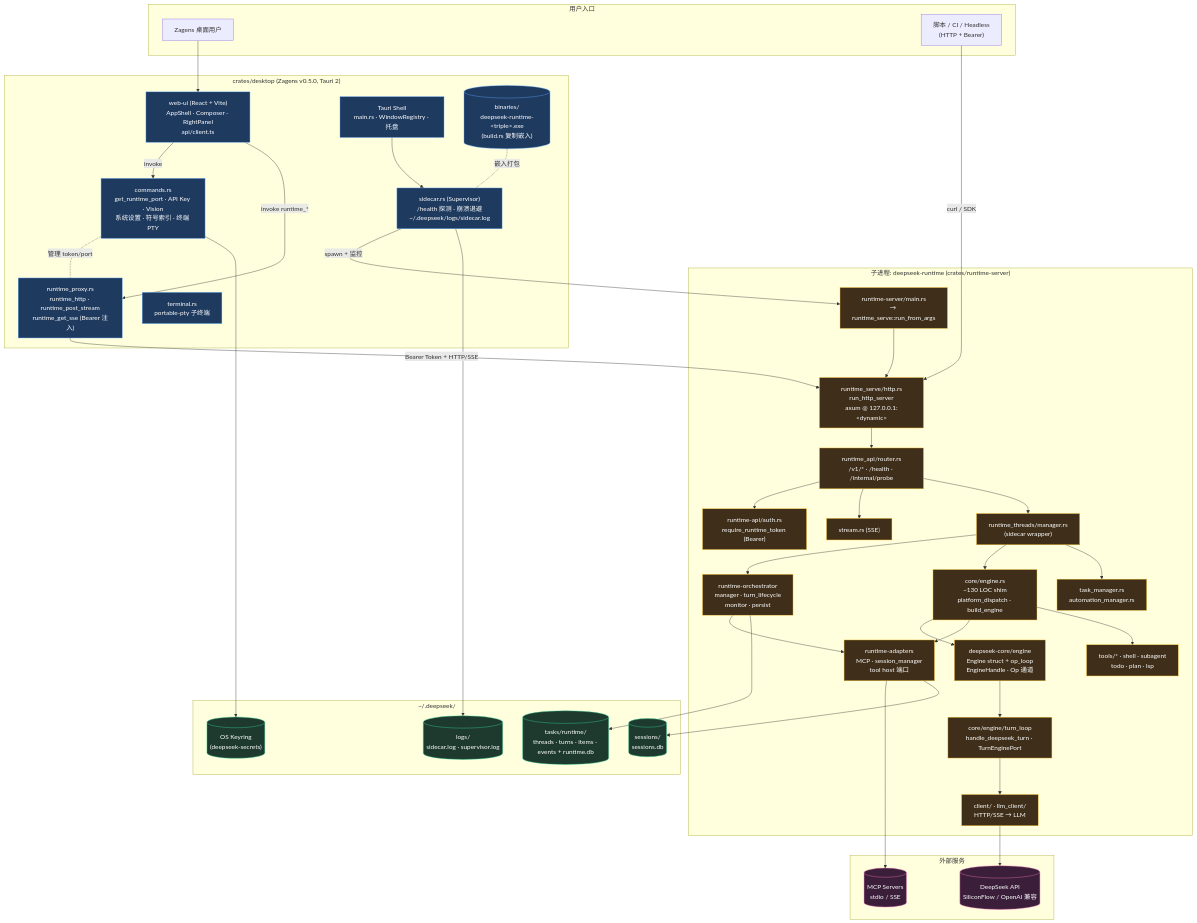
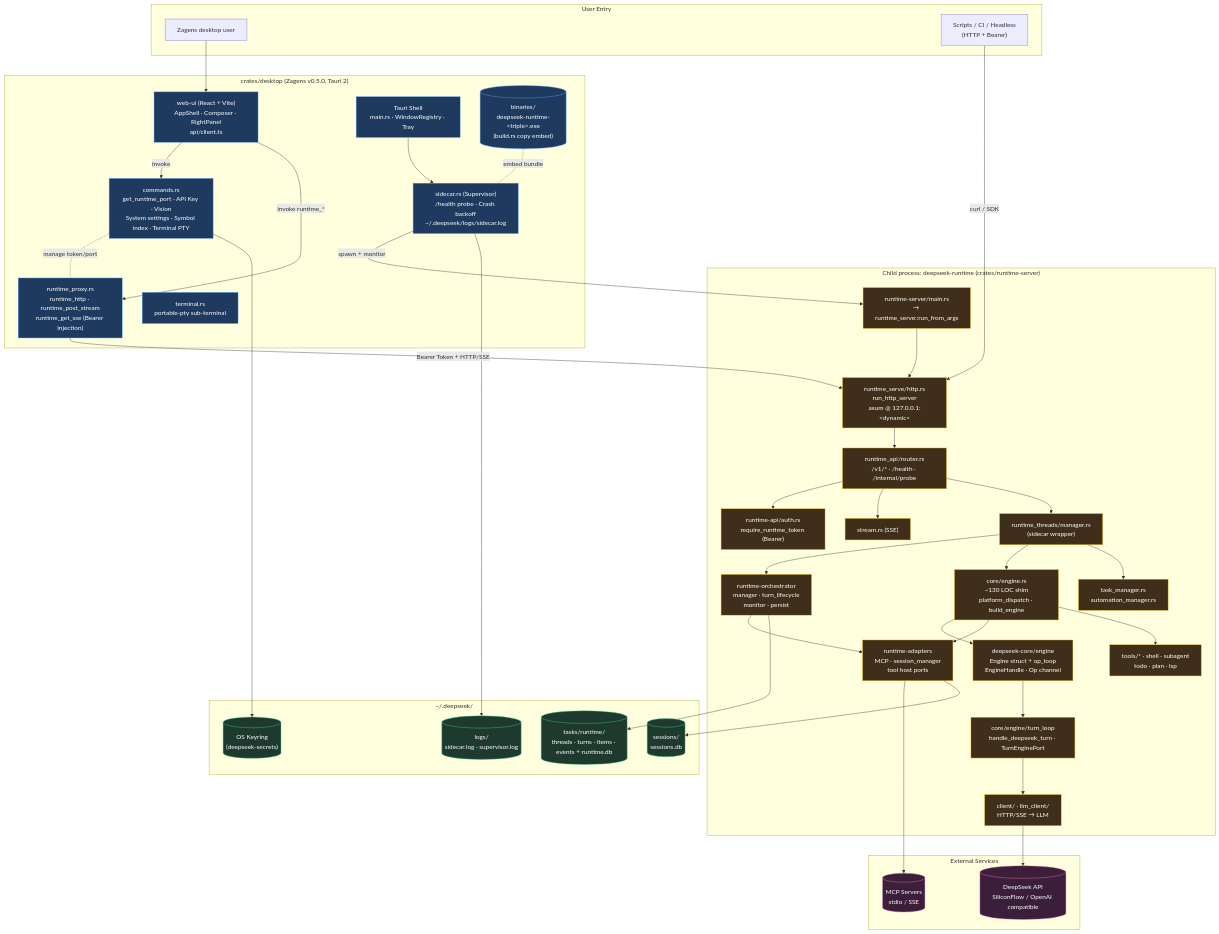
Before and after one commit to didclawapp-ai/zagens: the second of 6 diagrams in docs/tech/RUNTIME_ARCHITECTURE.md, drawn with Mermaid. The commit also changed other lines of this file and 26 other files, not shown here.

````diff
--- a/docs/tech/RUNTIME_ARCHITECTURE.md
+++ b/docs/tech/RUNTIME_ARCHITECTURE.md
@@ -129,21 +129,21 @@
 ```mermaid
 flowchart TB
-    subgraph users["用户入口"]
-        U1["Zagens 桌面用户"]
-        U3["脚本 / CI / Headless<br/>(HTTP + Bearer)"]
+    subgraph users["User Entry"]
+        U1["Zagens desktop user"]
+        U3["Scripts / CI / Headless<br/>(HTTP + Bearer)"]
     end
 
     subgraph desktop_pkg["crates/desktop  (Zagens v0.5.0, Tauri 2)"]
         WEB["web-ui (React + Vite)<br/>AppShell · Composer · RightPanel<br/>api/client.ts"]
-        TAURI["Tauri Shell<br/>main.rs · WindowRegistry · 托盘"]
-        CMDS["commands.rs<br/>get_runtime_port · API Key · Vision<br/>系统设置 · 符号索引 · 终端 PTY"]
-        PROXY["runtime_proxy.rs<br/>runtime_http · runtime_post_stream<br/>runtime_get_sse (Bearer 注入)"]
-        SUP["sidecar.rs (Supervisor)<br/>/health 探测 · 崩溃退避<br/>~/.deepseek/logs/sidecar.log"]
-        TERM["terminal.rs<br/>portable-pty 子终端"]
-        BIN[("binaries/<br/>deepseek-runtime-&lt;triple&gt;.exe<br/>(build.rs 复制嵌入)")]
+        TAURI["Tauri Shell<br/>main.rs · WindowRegistry · Tray"]
+        CMDS["commands.rs<br/>get_runtime_port · API Key · Vision<br/>System settings · Symbol index · Terminal PTY"]
+        PROXY["runtime_proxy.rs<br/>runtime_http · runtime_post_stream<br/>runtime_get_sse (Bearer injection)"]
+        SUP["sidecar.rs (Supervisor)<br/>/health probe · Crash backoff<br/>~/.deepseek/logs/sidecar.log"]
+        TERM["terminal.rs<br/>portable-pty sub-terminal"]
+        BIN[("binaries/<br/>deepseek-runtime-&lt;triple&gt;.exe<br/>(build.rs copy embed)")]
     end
 
-    subgraph sidecar_proc["子进程: deepseek-runtime  (crates/runtime-server)"]
+    subgraph sidecar_proc["Child process: deepseek-runtime  (crates/runtime-server)"]
         MAIN["runtime-server/main.rs<br/>→ runtime_serve::run_from_args"]
         HTTP["runtime_serve/http.rs<br/>run_http_server<br/>axum @ 127.0.0.1:&lt;dynamic&gt;"]
         ROUTER["runtime_api/router.rs<br/>/v1/* · /health · /internal/probe"]
@@ -151,17 +151,17 @@
         STREAM["stream.rs (SSE)"]
         MGR_W["runtime_threads/manager.rs<br/>(sidecar wrapper)"]
         RTO["runtime-orchestrator<br/>manager · turn_lifecycle<br/>monitor · persist"]
-        RTAD["runtime-adapters<br/>MCP · session_manager<br/>tool host 端口"]
+        RTAD["runtime-adapters<br/>MCP · session_manager<br/>tool host ports"]
         ENG_SHIM["core/engine.rs<br/>~130 LOC shim<br/>platform_dispatch · build_engine"]
-        ENG_C["deepseek-core/engine<br/>Engine struct + op_loop<br/>EngineHandle · Op 通道"]
+        ENG_C["deepseek-core/engine<br/>Engine struct + op_loop<br/>EngineHandle · Op channel"]
         TURN["core/engine/turn_loop<br/>handle_deepseek_turn · TurnEnginePort"]
         LLM_C["client/ · llm_client/<br/>HTTP/SSE → LLM"]
         TOOLS_R["tools/* · shell · subagent<br/>todo · plan · lsp"]
         TASKS["task_manager.rs<br/>automation_manager.rs"]
     end
 
-    subgraph external["外部服务"]
-        LLM[("DeepSeek API<br/>SiliconFlow / OpenAI 兼容")]
+    subgraph external["External Services"]
+        LLM[("DeepSeek API<br/>SiliconFlow / OpenAI compatible")]
         MCP_SRV[("MCP Servers<br/>stdio / SSE")]
     end
 
@@ -176,10 +176,10 @@
     U3 -- "curl / SDK" --> HTTP
     WEB -- "invoke" --> CMDS
     WEB -- "invoke runtime_*" --> PROXY
-    CMDS -. "管理 token/port" .- PROXY
+    CMDS -. "manage token/port" .- PROXY
     TAURI --> SUP
-    SUP -- "spawn + 监控" --> MAIN
-    BIN -. "嵌入打包" .- SUP
+    SUP -- "spawn + monitor" --> MAIN
+    BIN -. "embed bundle" .- SUP
     PROXY -- "Bearer Token + HTTP/SSE" --> HTTP
 
     MAIN --> HTTP
````
